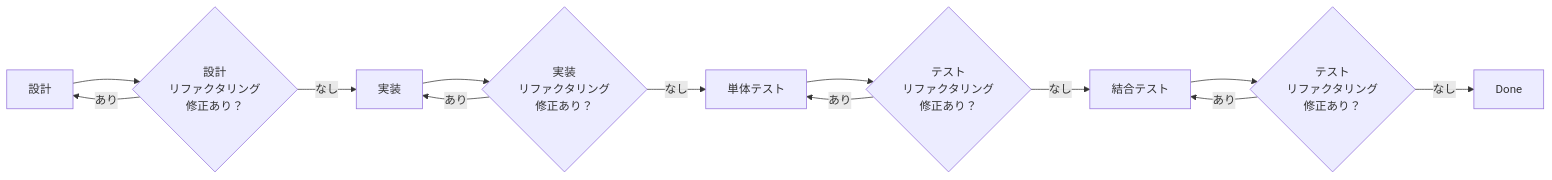
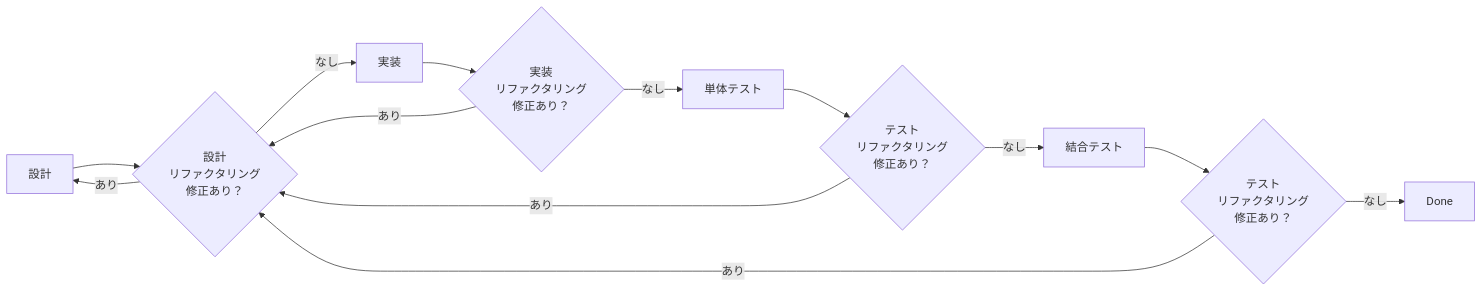
One commit to BossApe/lo-vibe changed the second of 3 diagrams in _document/002.要件定義フェーズ/002.プロジェクト計画/002-03.タスク推進計画.md. Above: the diagram before and after it, drawn with Mermaid. The commit also changed other lines of this file, not shown here.

````diff
--- a/_document/002.要件定義フェーズ/002.プロジェクト計画/002-03.タスク推進計画.md
+++ b/_document/002.要件定義フェーズ/002.プロジェクト計画/002-03.タスク推進計画.md
@@ -82,15 +84,15 @@
 ```mermaid
 flowchart LR
   D[設計] --> DR{設計<br>リファクタリング<br>修正あり？}
     DR -- あり --> D
     DR -- なし --> I[実装]
   I --> IR{実装<br>リファクタリング<br>修正あり？}
-    IR -- あり --> I
+    IR -- あり --> DR
     IR -- なし --> UT[単体テスト]
   UT --> UTR{テスト<br>リファクタリング<br>修正あり？}
-    UTR -- あり --> UT
+    UTR -- あり --> DR
     UTR -- なし --> IT[結合テスト]
   IT --> ITR{テスト<br>リファクタリング<br>修正あり？}
-    ITR -- あり --> IT
+    ITR -- あり --> DR
     ITR -- なし --> Done[Done]
 ```
````
